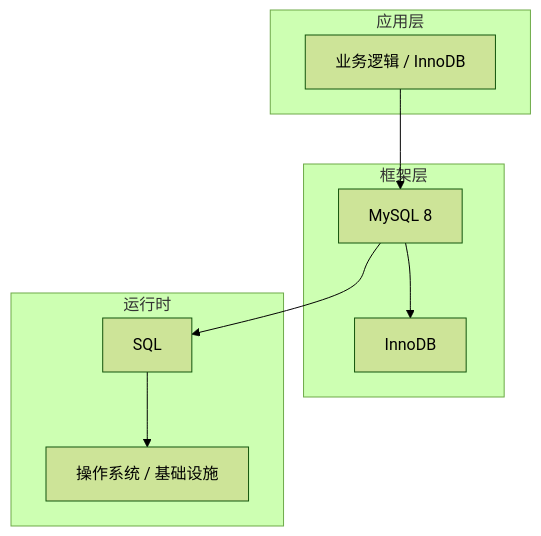
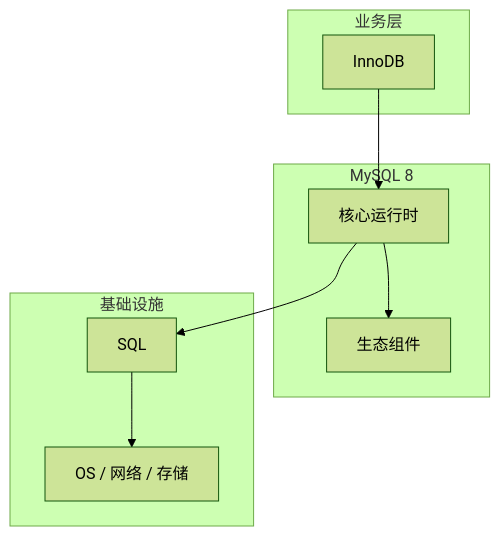
One commit to yanggan2015/knowledge-json-v2 changed the diagram in articles/MySQL/chapters/034-InnoDB核心概念与原理.md. Above: the diagram before and after it, drawn with Mermaid (forest theme). The commit also changed other lines of this file and 10127 other files, not shown here.

````diff
--- a/articles/MySQL/chapters/034-InnoDB核心概念与原理.md
+++ b/articles/MySQL/chapters/034-InnoDB核心概念与原理.md
@@ -45,18 +30,18 @@
 ```mermaid
 graph TB
-    subgraph 应用层
-        A[业务逻辑 / InnoDB]
+    subgraph 业务层
+        A[InnoDB]
     end
-    subgraph 框架层
-        B[MySQL 8]
-        C[InnoDB]
+    subgraph MySQL 8
+        B[核心运行时]
+        C[生态组件]
     end
-    subgraph 运行时
+    subgraph 基础设施
         D[SQL]
-        E[操作系统 / 基础设施]
+        E[OS / 网络 / 存储]
     end
     A --> B
     B --> C
     B --> D
     D --> E
 ```
````
